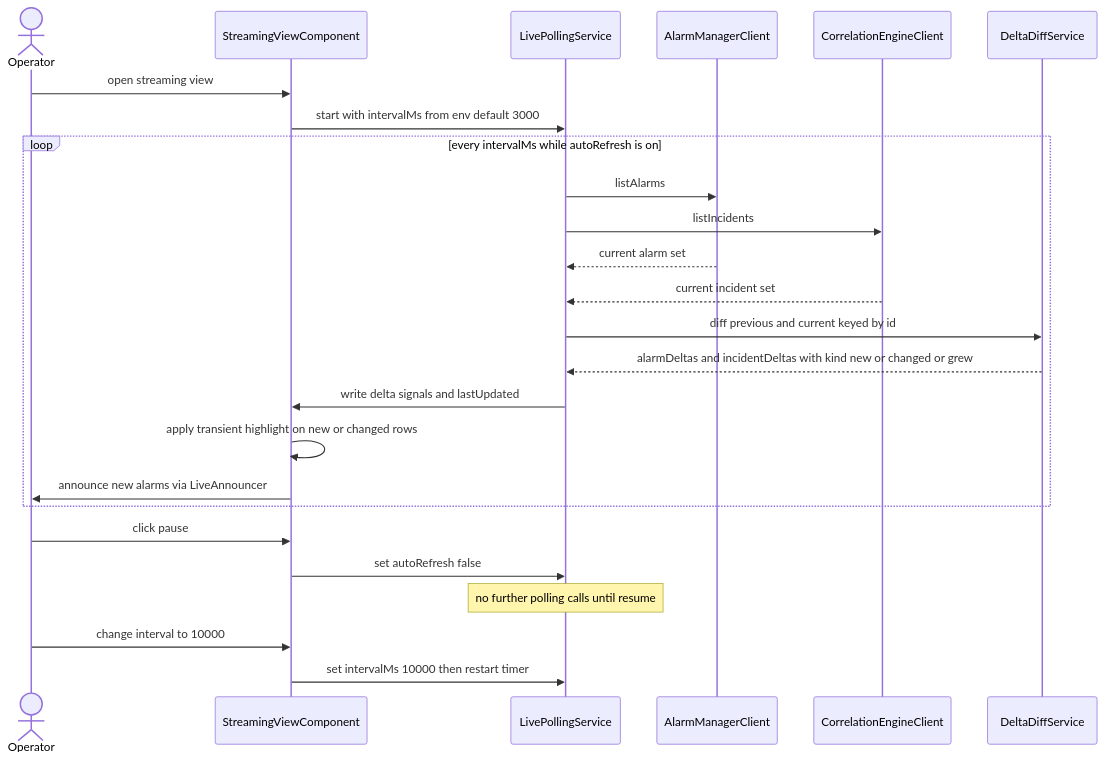
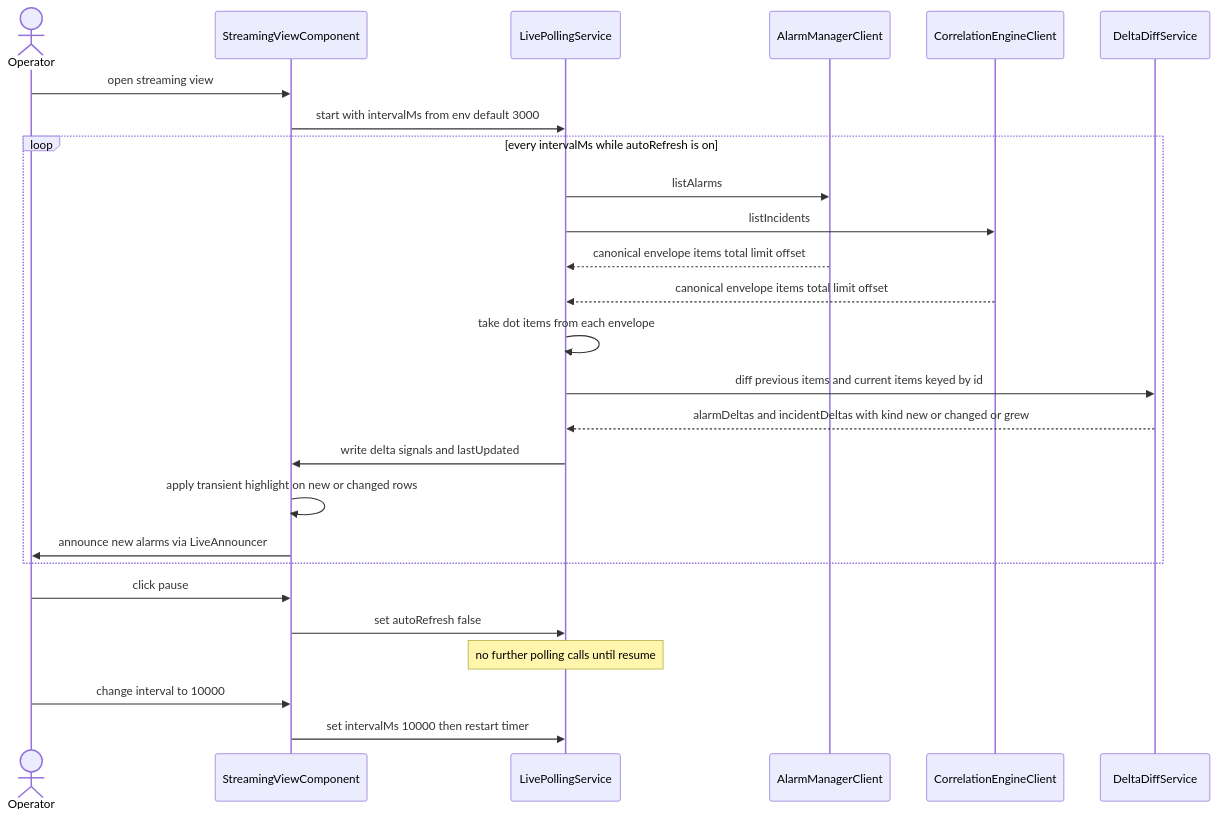
The fourth of 13 diagrams in services/web-ui/design.md (nikhilmohan/correlation-platform), drawn with Mermaid before and after one commit. The commit also changed other lines of this file and 20 other files, not shown here.

````diff
--- a/services/web-ui/design.md
+++ b/services/web-ui/design.md
@@ -485,27 +709,28 @@
 ```mermaid
 sequenceDiagram
   actor Operator
   participant View as StreamingViewComponent
   participant LPS as LivePollingService
   participant AMC as AlarmManagerClient
   participant CEC as CorrelationEngineClient
   participant Diff as DeltaDiffService
   Operator->>View: open streaming view
   View->>LPS: start with intervalMs from env default 3000
   loop every intervalMs while autoRefresh is on
     LPS->>AMC: listAlarms
     LPS->>CEC: listIncidents
-    AMC-->>LPS: current alarm set
-    CEC-->>LPS: current incident set
-    LPS->>Diff: diff previous and current keyed by id
+    AMC-->>LPS: canonical envelope items total limit offset
+    CEC-->>LPS: canonical envelope items total limit offset
+    LPS->>LPS: take dot items from each envelope
+    LPS->>Diff: diff previous items and current items keyed by id
     Diff-->>LPS: alarmDeltas and incidentDeltas with kind new or changed or grew
     LPS->>View: write delta signals and lastUpdated
     View->>View: apply transient highlight on new or changed rows
     View->>Operator: announce new alarms via LiveAnnouncer
   end
   Operator->>View: click pause
   View->>LPS: set autoRefresh false
   Note over LPS: no further polling calls until resume
   Operator->>View: change interval to 10000
   View->>LPS: set intervalMs 10000 then restart timer
 ```
````
